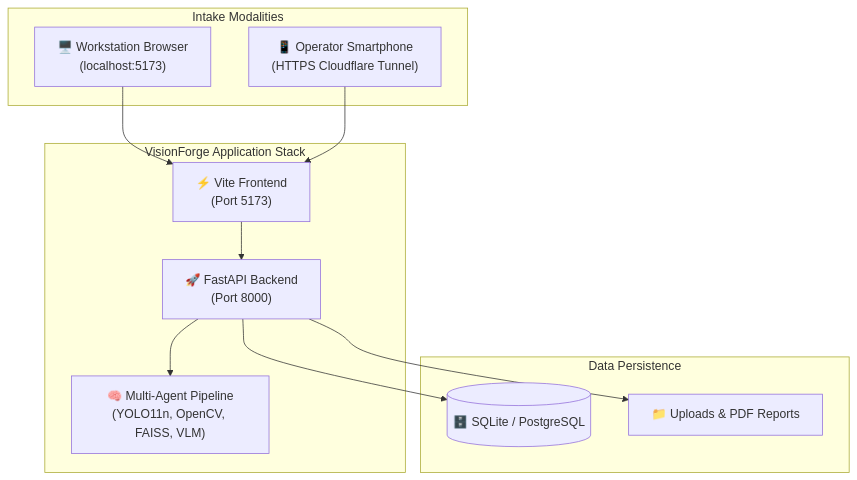
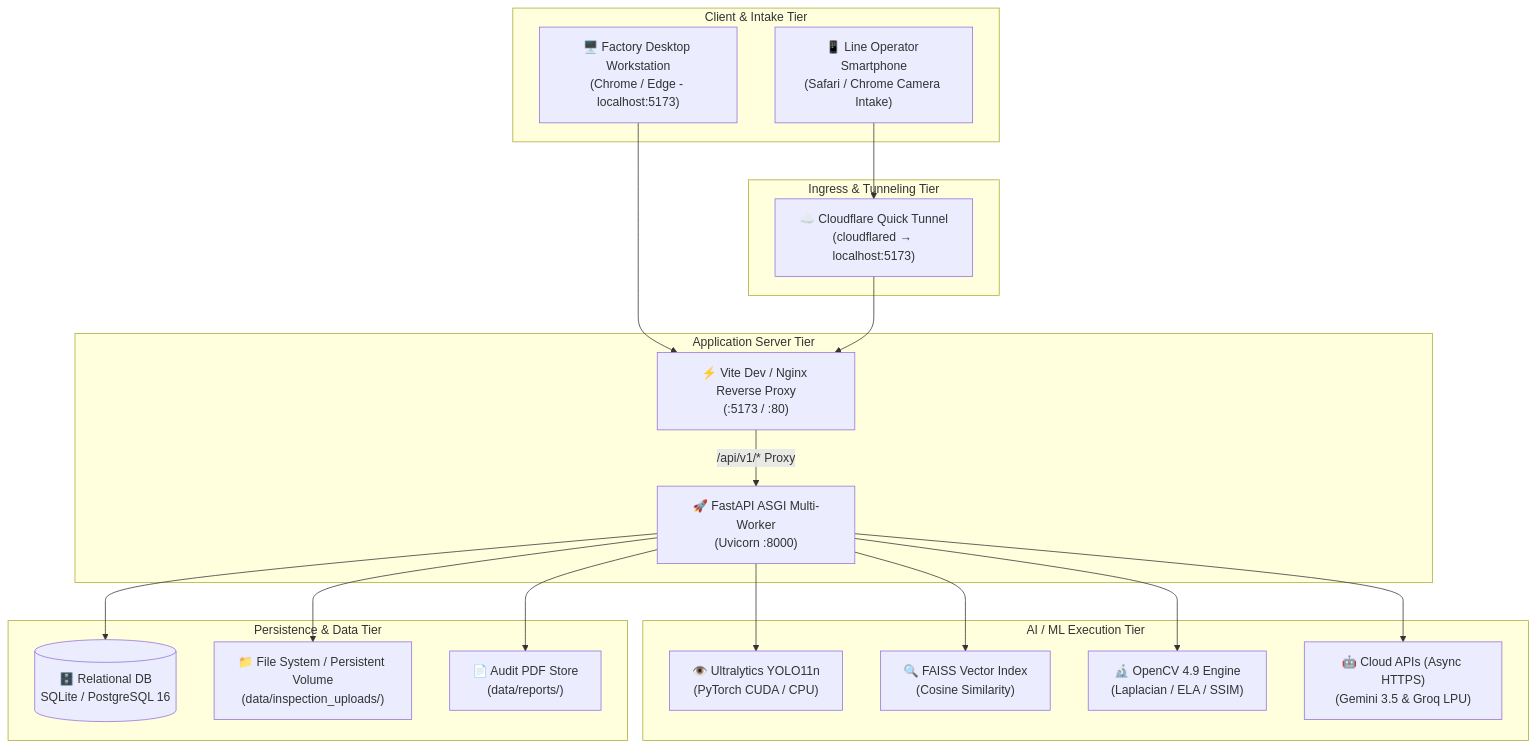
The diagram in docs/DEPLOYMENT.md (Disha-1610/VisionForge), drawn with Mermaid before and after one commit. The commit also changed other lines of this file and 12 other files, not shown here.

Commit message:
docs: upgrade full documentation suite with technical depth, story arcs, engineering decisions, and Mermaid diagrams

````diff
--- a/docs/DEPLOYMENT.md
+++ b/docs/DEPLOYMENT.md
@@ -33,25 +36,35 @@
 ```mermaid
 flowchart TD
-    subgraph Clients["Intake Modalities"]
-        Desktop["🖥️ Workstation Browser<br/>(localhost:5173)"]
-        Mobile["📱 Operator Smartphone<br/>(HTTPS Cloudflare Tunnel)"]
+    subgraph ClientTier["Client & Intake Tier"]
+        Desktop["🖥️ Factory Desktop Workstation<br/>(Chrome / Edge - localhost:5173)"]
+        Mobile["📱 Line Operator Smartphone<br/>(Safari / Chrome Camera Intake)"]
     end
 
-    subgraph Core["VisionForge Application Stack"]
-        Vite["⚡ Vite Frontend<br/>(Port 5173)"]
-        FastAPI["🚀 FastAPI Backend<br/>(Port 8000)"]
-        Engine["🧠 Multi-Agent Pipeline<br/>(YOLO11n, OpenCV, FAISS, VLM)"]
+    subgraph IngressTier["Ingress & Tunneling Tier"]
+        CF["☁️ Cloudflare Quick Tunnel<br/>(cloudflared → localhost:5173)"]
     end
 
-    subgraph Storage["Data Persistence"]
-        DB[("🗄️ SQLite / PostgreSQL")]
-        Files["📁 Uploads & PDF Reports"]
+    subgraph AppTier["Application Server Tier"]
+        Vite["⚡ Vite Dev / Nginx Reverse Proxy<br/>(:5173 / :80)"]
+        FastAPI["🚀 FastAPI ASGI Multi-Worker<br/>(Uvicorn :8000)"]
+    end
+
+    subgraph InferenceTier["AI / ML Execution Tier"]
+        YOLO["👁️ Ultralytics YOLO11n<br/>(PyTorch CUDA / CPU)"]
+        FAISS["🔍 FAISS Vector Index<br/>(Cosine Similarity)"]
+        OpenCV["🔬 OpenCV 4.9 Engine<br/>(Laplacian / ELA / SSIM)"]
+        VLM["🤖 Cloud APIs (Async HTTPS)<br/>(Gemini 3.5 & Groq LPU)"]
+    end
+
+    subgraph StorageTier["Persistence & Data Tier"]
+        DB[(🗄️ Relational DB<br/>SQLite / PostgreSQL 16)]
+        Uploads["📁 File System / Persistent Volume<br/>(data/inspection_uploads/)"]
+        Reports["📄 Audit PDF Store<br/>(data/reports/)"]
     end
 
     Desktop --> Vite
-    Mobile --> Vite
-    Vite --> FastAPI
-    FastAPI --> Engine
-    FastAPI --> DB
-    FastAPI --> Files
+    Mobile --> CF --> Vite
+    Vite -->|/api/v1/* Proxy| FastAPI
+    FastAPI --> YOLO & FAISS & OpenCV & VLM
+    FastAPI --> DB & Uploads & Reports
 ```
````
